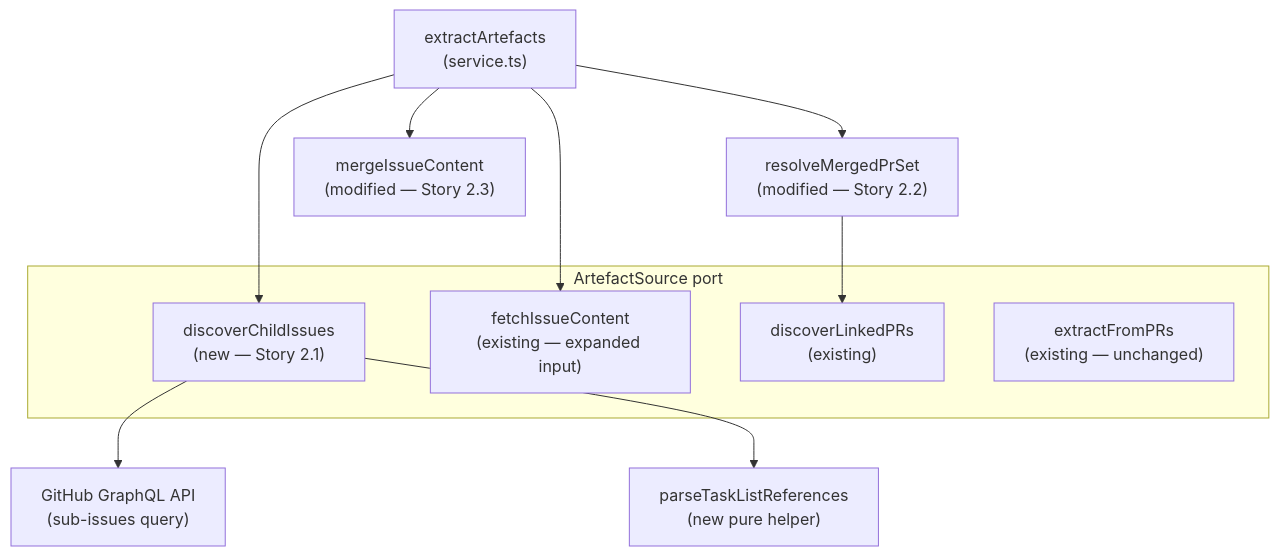
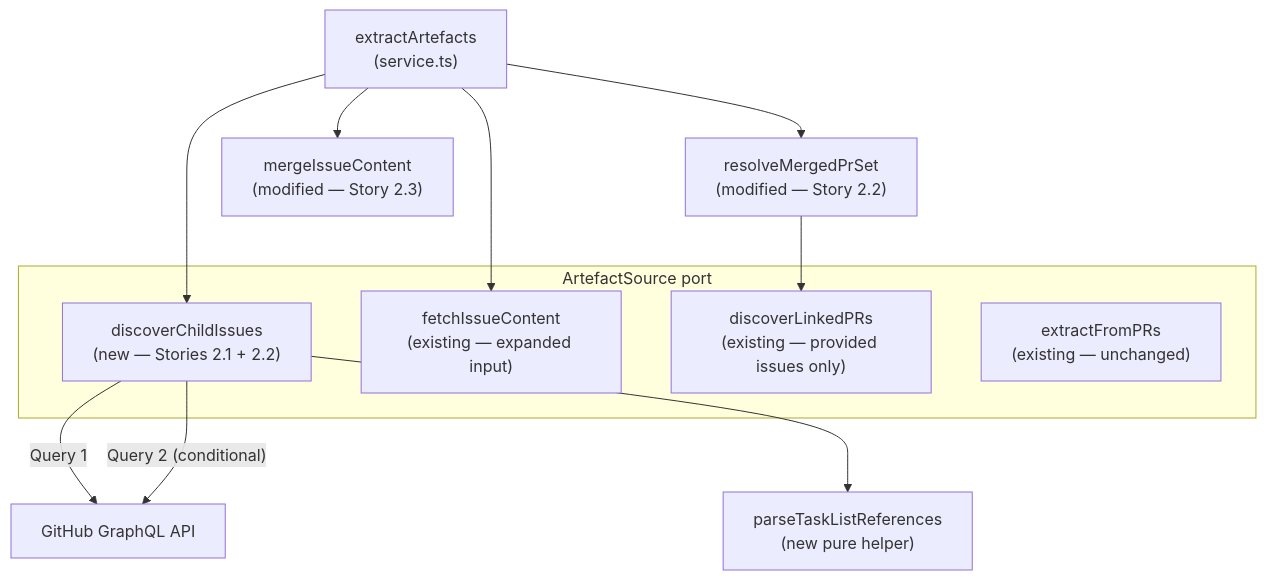
One commit to mironyx/feature-comprehension-score changed the third of 3 diagrams in docs/design/lld-v4-e2-epic-discovery.md. Above: the diagram before and after it, drawn with Mermaid. The commit also changed other lines of this file, not shown here.

First line of the commit message:
docs: rework E2 LLD — batched GraphQL queries for epic discovery #321

````diff
--- a/docs/design/lld-v4-e2-epic-discovery.md
+++ b/docs/design/lld-v4-e2-epic-discovery.md
@@ -85,25 +91,27 @@
 ```mermaid
 graph TD
     EA["extractArtefacts\n(service.ts)"]
-    DCI["discoverChildIssues\n(new — Story 2.1)"]
+    DCI["discoverChildIssues\n(new — Stories 2.1 + 2.2)"]
     RMPS["resolveMergedPrSet\n(modified — Story 2.2)"]
     FIC["fetchIssueContent\n(existing — expanded input)"]
     MIC["mergeIssueContent\n(modified — Story 2.3)"]
-    DLP["discoverLinkedPRs\n(existing)"]
+    DLP["discoverLinkedPRs\n(existing — provided issues only)"]
     EFP["extractFromPRs\n(existing — unchanged)"]
 
     EA --> DCI
     EA --> RMPS
     EA --> FIC
     EA --> MIC
     RMPS --> DLP
-    DCI --> GQL["GitHub GraphQL API\n(sub-issues query)"]
+
+    DCI -->|"Query 1"| GQL["GitHub GraphQL API"]
+    DCI -->|"Query 2 (conditional)"| GQL
     DCI --> TLP["parseTaskListReferences\n(new pure helper)"]
 
     subgraph "ArtefactSource port"
         DCI
         FIC
         DLP
         EFP
     end
 ```
````
